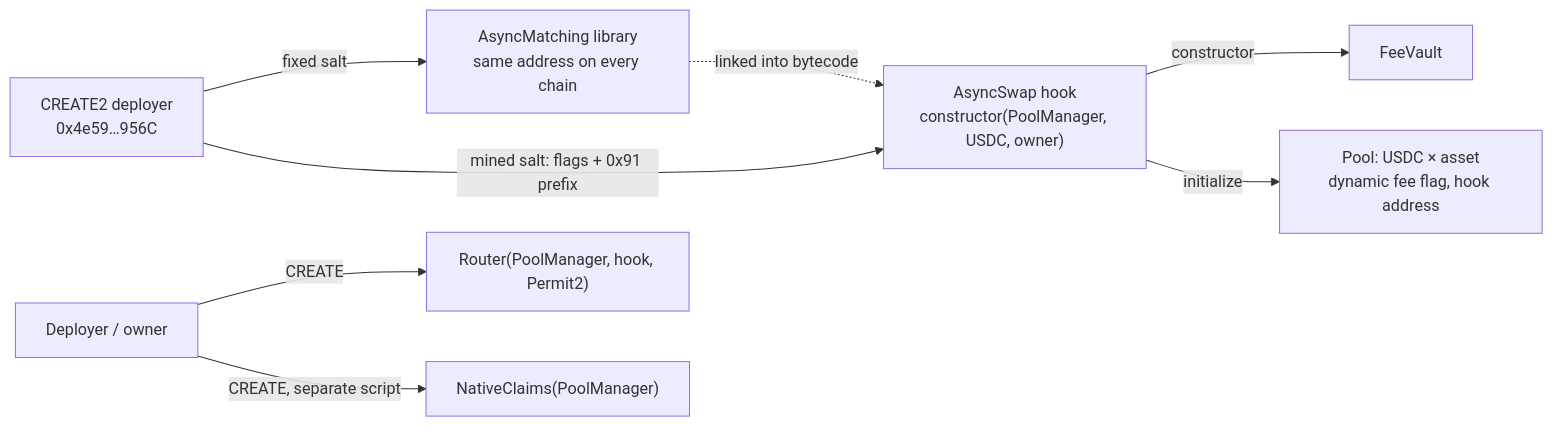
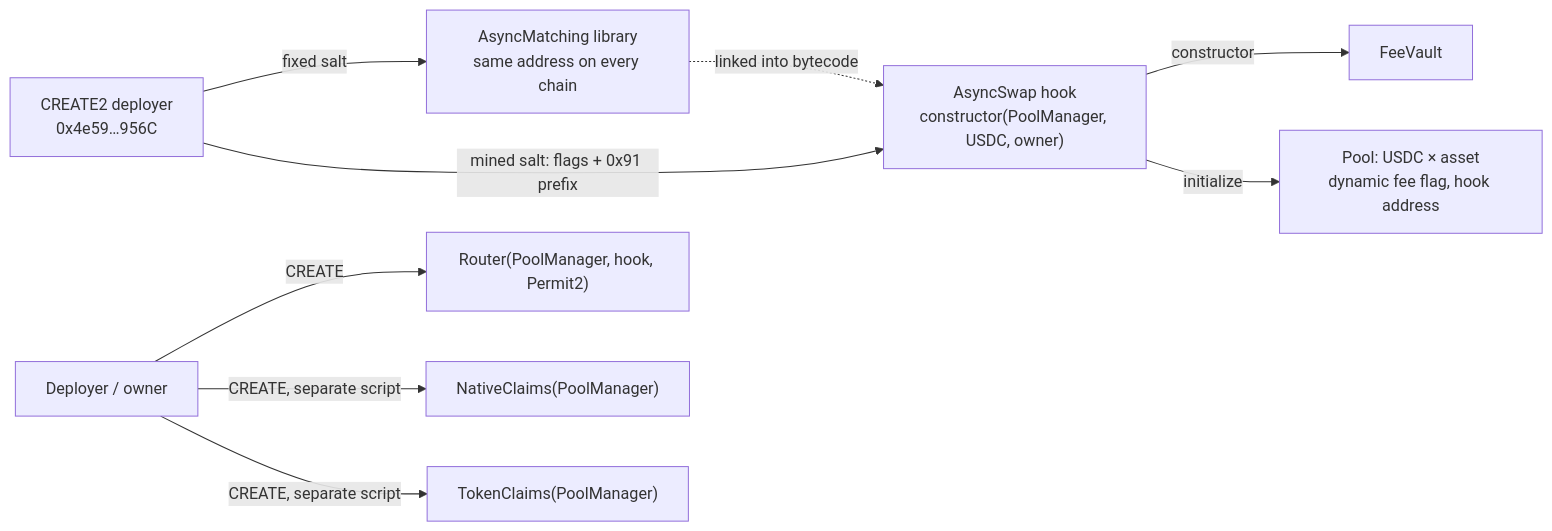
Before and after one commit to asyncswap/contracts: the fifth of 5 diagrams in docs/protocol.md, drawn with Mermaid. The commit also changed other lines of this file and 15 other files, not shown here.

````diff
--- a/docs/protocol.md
+++ b/docs/protocol.md
@@ -210,10 +220,11 @@
 ```mermaid
 flowchart LR
     D["CREATE2 deployer<br/>0x4e59…956C"] -->|fixed salt| Lib["AsyncMatching library<br/>same address on every chain"]
     D -->|mined salt: flags + 0x91 prefix| Hook["AsyncSwap hook<br/>constructor(PoolManager, USDC, owner)"]
     Hook -->|constructor| Vault["FeeVault"]
     Owner["Deployer / owner"] -->|CREATE| Router["Router(PoolManager, hook, Permit2)"]
     Lib -.->|linked into bytecode| Hook
     Owner -->|CREATE, separate script| NC["NativeClaims(PoolManager)"]
+    Owner -->|CREATE, separate script| TC["TokenClaims(PoolManager)"]
     Hook -->|initialize| Pool["Pool: USDC × asset<br/>dynamic fee flag, hook address"]
 ```
````
